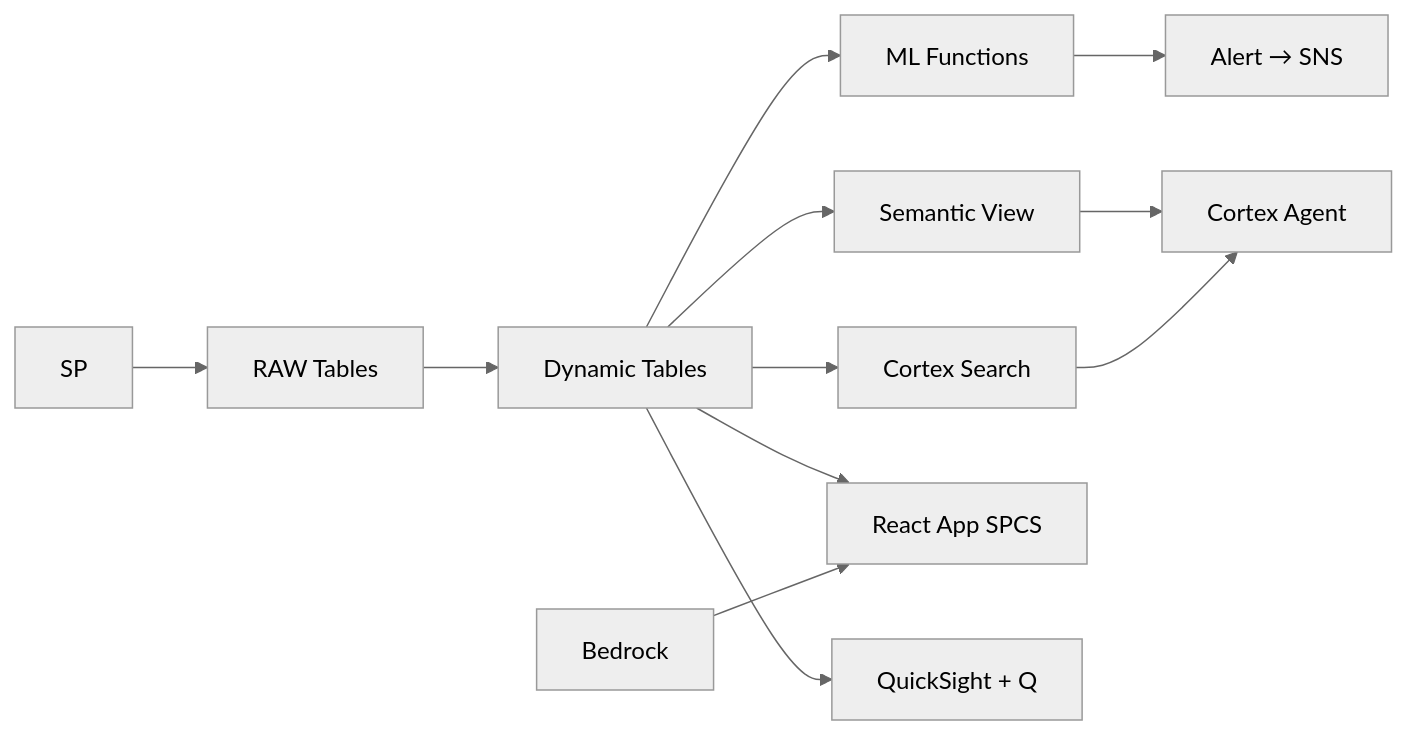
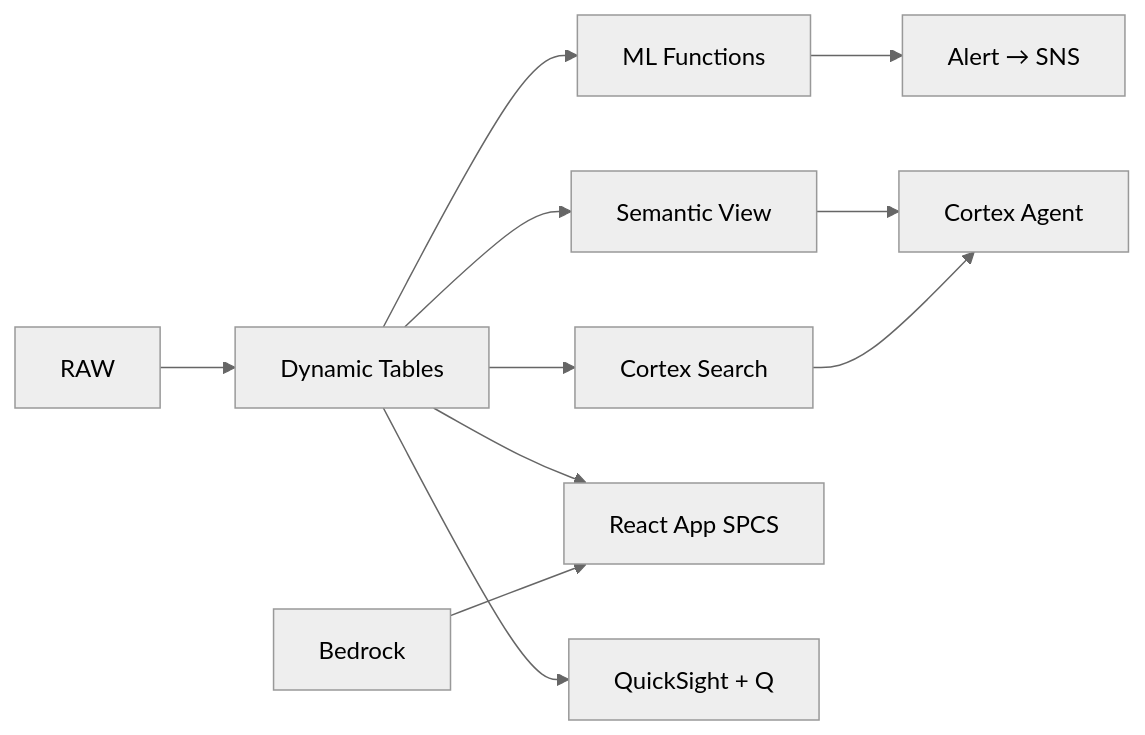
The diagram in README.md (sfc-gh-jasvestis/aws-thailand-tourism-guest-360), drawn with Mermaid (neutral theme) before and after one commit. The commit also changed 7 other files, not shown here.

Commit message:
Fix: add all source files, .gitignore, fix Mermaid diagram

````diff
--- a/README.md
+++ b/README.md
@@ -9,14 +9,13 @@
 ```mermaid
 flowchart LR
-    SP --> RAW[RAW Tables]
     RAW --> DT[Dynamic Tables]
     DT --> ML[ML Functions]
     DT --> SEARCH[Cortex Search]
     DT --> SV[Semantic View]
     SV --> AGENT[Cortex Agent]
     SEARCH --> AGENT
     DT --> APP[React App SPCS]
     BR[Bedrock] --> APP
     DT --> QS[QuickSight + Q]
     ML --> ALERT[Alert → SNS]
 ```
````
